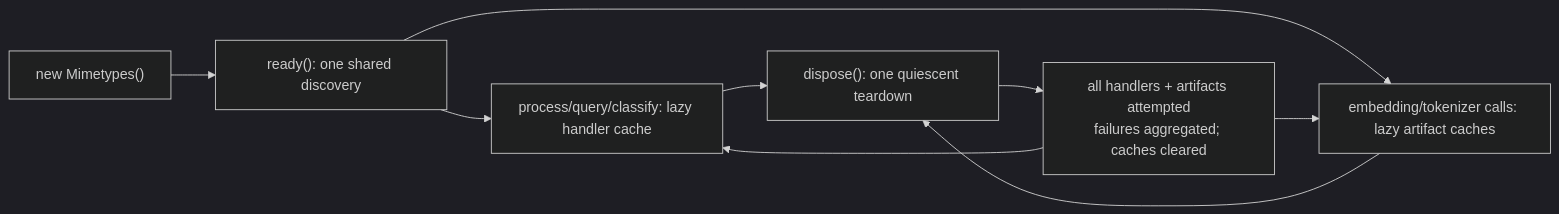
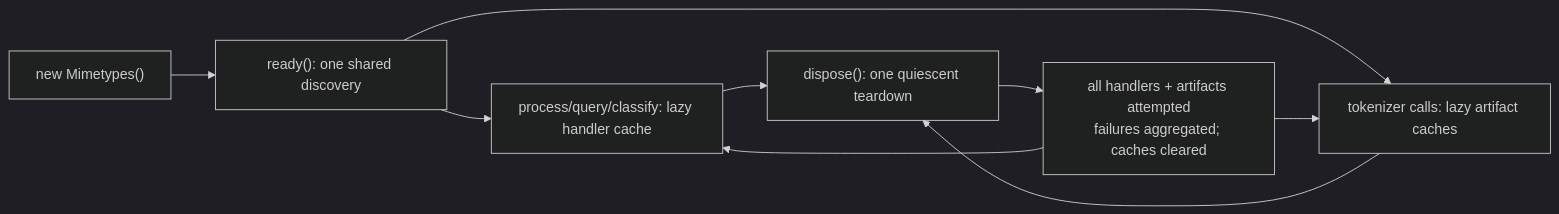
One commit to plurnk/plurnk-service changed the first of 4 diagrams in plurnk-mimetypes/SPEC.md. Above: the diagram before and after it, drawn with Mermaid (dark theme). The commit also changed other lines of this file and 197 other files, not shown here.

````diff
--- a/plurnk-mimetypes/SPEC.md
+++ b/plurnk-mimetypes/SPEC.md
@@ -76,11 +76,11 @@
 ```mermaid
 flowchart LR
     N["new Mimetypes()"] --> R["ready(): one shared discovery"]
     R --> H["process/query/classify: lazy handler cache"]
-    R --> A["embedding/tokenizer calls: lazy artifact caches"]
+    R --> A["tokenizer calls: lazy artifact caches"]
     H --> D["dispose(): one quiescent teardown"]
     A --> D
     D --> X["all handlers + artifacts attempted<br/>failures aggregated; caches cleared"]
     X --> H
     X --> A
 ```
````
